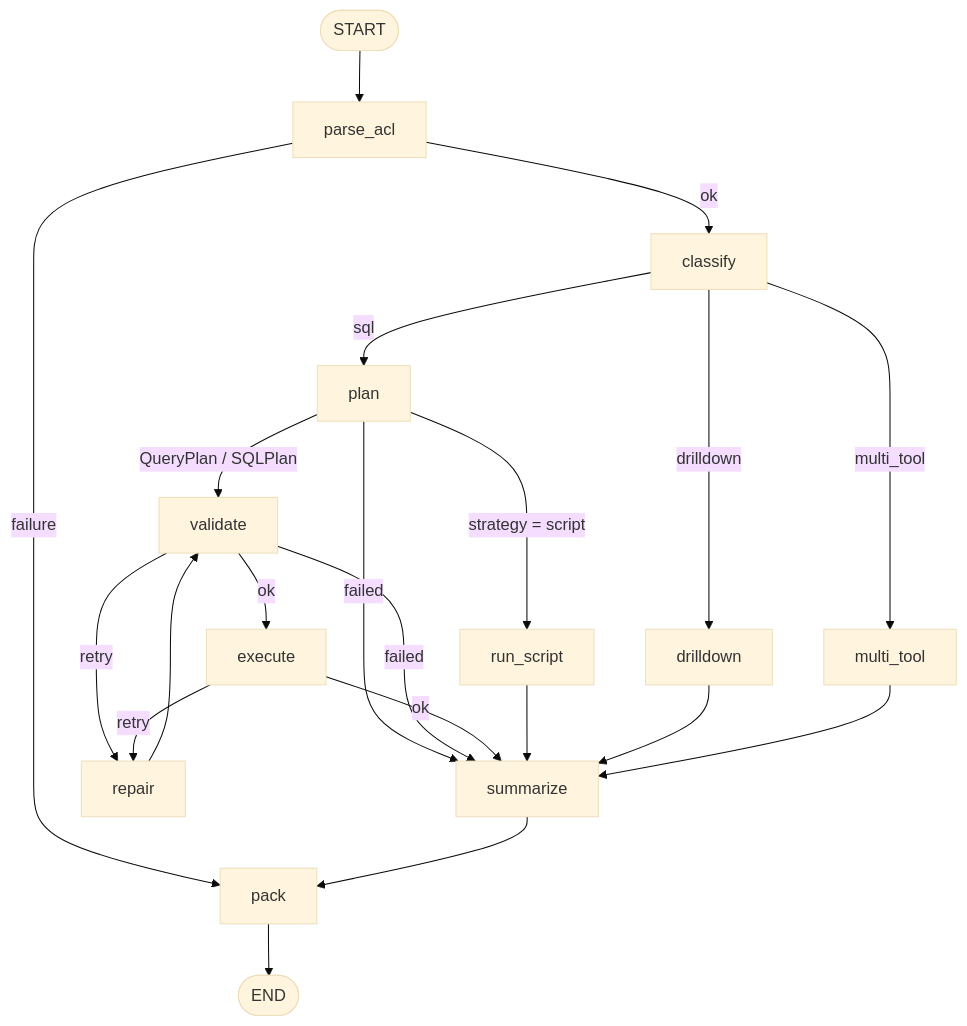
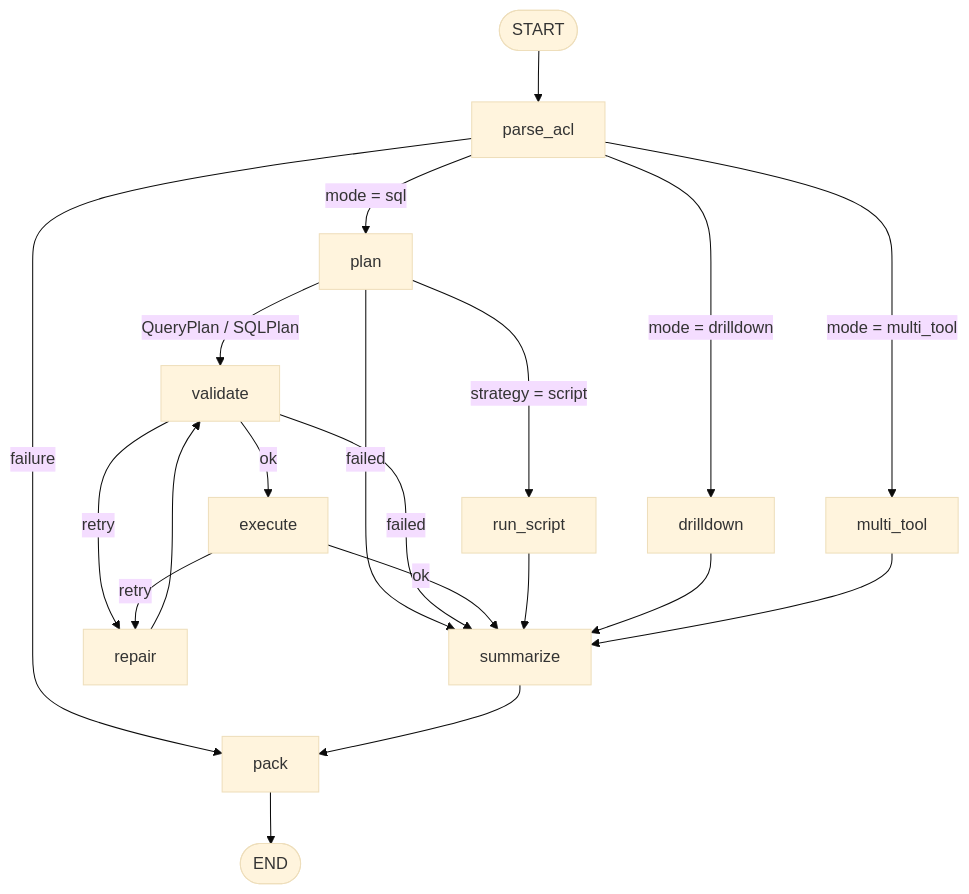
The third of 7 diagrams in docs/architecture.md (AlexEgorov85/MultyAgent), drawn with Mermaid (base theme) before and after one commit. The commit also changed other lines of this file and 37 other files, not shown here.

````diff
--- a/docs/architecture.md
+++ b/docs/architecture.md
@@ -163,23 +163,22 @@
 ```mermaid
 flowchart TD
     S([START]) --> PA["parse_acl"]
-    PA -->|ok| CL["classify"]
+    PA -->|mode = sql| PL["plan"]
+    PA -->|mode = drilldown| DD["drilldown"]
+    PA -->|mode = multi_tool| MT["multi_tool"]
     PA -->|failure| PK["pack"]
-    CL -->|sql| PL["plan"]
-    CL -->|drilldown| DD["drilldown"]
-    CL -->|multi_tool| MT["multi_tool"]
     PL -->|strategy = script| RS["run_script"]
     PL -->|QueryPlan / SQLPlan| VA["validate"]
     PL -->|failed| SU["summarize"]
     VA -->|ok| EX["execute"]
     VA -->|retry| RE["repair"]
     VA -->|failed| SU
     EX -->|ok| SU
     EX -->|retry| RE
     RE --> VA
     RS --> SU
     DD --> SU
     MT --> SU
     SU --> PK
     PK --> E([END])
 ```
````
